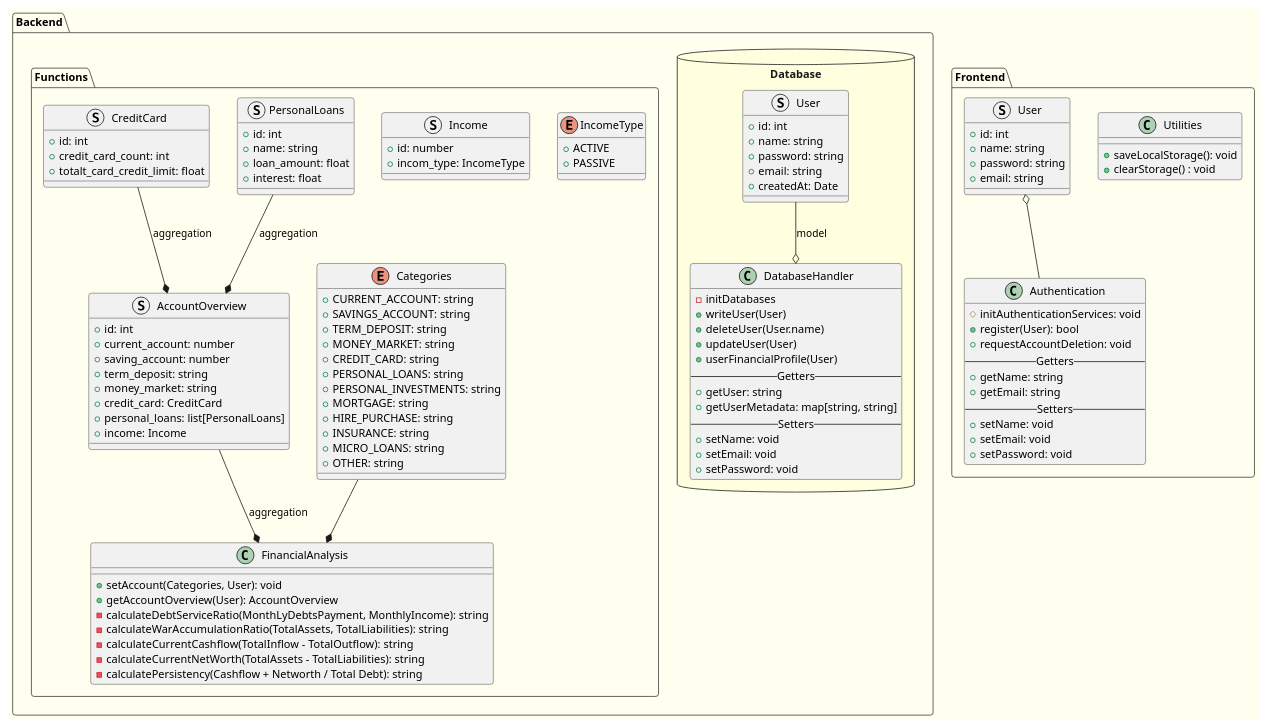
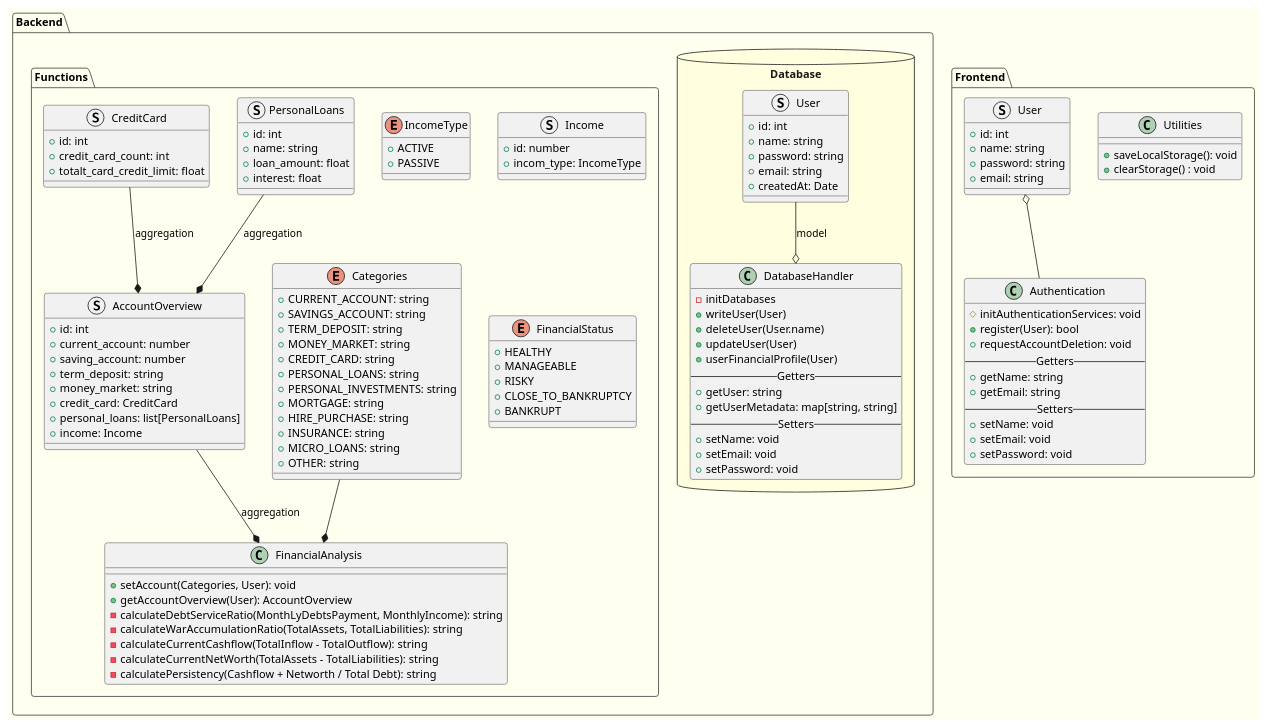
One commit to ctkqiang/PayNetHackathon changed the diagram in PayNetHackathonArchitecture/LOGIC_COMPONENTS.puml. Above: the diagram before and after it, drawn with PlantUML. The commit also changed 2 other files, not shown here.

Commit message:
#4 updated Financial Status

```diff
--- a/PayNetHackathonArchitecture/LOGIC_COMPONENTS.puml
+++ b/PayNetHackathonArchitecture/LOGIC_COMPONENTS.puml
@@ -1,147 +1,155 @@
 @startuml Logic Components
 
 !theme mars
 
 skinparam handwritten false
 skinparam shadowing false
 skinparam backgroundColor #FFFFF0
 
 package Backend {
     package Database <<Database>> #LightYellow {
         class DatabaseHandler {
             - initDatabases
             + writeUser(User)
             + deleteUser(User.name)
             + updateUser(User)
             + userFinancialProfile(User)
             --Getters--
             + getUser: string
             + getUserMetadata: map[string, string]
             --Setters--
             + setName: void
             + setEmail: void
             + setPassword: void
         }
 
         struct User {
             + id: int
             + name: string
             + password: string
             + email: string
             + createdAt: Date
         }
     }
 
     package Functions {
         enum Categories {
             + CURRENT_ACCOUNT: string
             + SAVINGS_ACCOUNT: string
             + TERM_DEPOSIT: string
             + MONEY_MARKET: string
             + CREDIT_CARD: string
             + PERSONAL_LOANS: string
             + PERSONAL_INVESTMENTS: string
             + MORTGAGE: string
             + HIRE_PURCHASE: string
             + INSURANCE: string
             + MICRO_LOANS: string
             + OTHER: string
         }
 
         struct AccountOverview {
             + id: int
             + current_account: number
             + saving_account: number
             + term_deposit: string
             + money_market: string
             + credit_card: CreditCard
             + personal_loans: list[PersonalLoans]
             + income: Income
         }
 
         enum IncomeType {
             + ACTIVE
             + PASSIVE
         }
 
         struct Income {
             + id: number
             + incom_type: IncomeType
         }
 
         struct PersonalLoans {
             + id: int
             + name: string
             + loan_amount: float
             + interest: float
         }
 
         struct CreditCard {
             + id: int
             + credit_card_count: int
             + totalt_card_credit_limit: float
         }
 
+        enum FinancialStatus {
+            + HEALTHY
+            + MANAGEABLE
+            + RISKY
+            + CLOSE_TO_BANKRUPTCY
+            + BANKRUPT 
+        }
+
         class FinancialAnalysis {
             + setAccount(Categories, User): void
             + getAccountOverview(User): AccountOverview
             - calculateDebtServiceRatio(MonthLyDebtsPayment, MonthlyIncome): string 
             - calculateWarAccumulationRatio(TotalAssets, TotalLiabilities): string
             - calculateCurrentCashflow(TotalInflow - TotalOutflow): string
             - calculateCurrentNetWorth(TotalAssets - TotalLiabilities): string
             - calculatePersistency(Cashflow + Networth / Total Debt): string
         }
     }
 
     ' note bottom of calculateDebtServiceRatio
     '     Debt Service Ratio (DSR):
     '     This method calculates the Debt Service Ratio based on monthly debt payments and income.
     '     It returns a string representing the DSR value.
 
     '     Summary of DSR Interpretations:
     '     - <&lt; 30% &gt;: Healthy, low risk, strong financial position (Good)
     '     - <&lt; 30% - 40% &gt;: Manageable, generally acceptable (Neutral/Acceptable)
     '     - <&lt; > 40% &gt;: Higher debt load, increased financial strain (Risky/Bad)
     '     - <&lt; > 50% &gt;: Financially overburdened, high risk (Very Bad)
     ' end note
 
     User --o DatabaseHandler :model
     Categories --* FinancialAnalysis
 
     AccountOverview --* FinancialAnalysis :aggregation
     CreditCard --* AccountOverview :aggregation
     PersonalLoans --* AccountOverview :aggregation
 
     ' Functions --o Database: Align
 }
 
 package Frontend {
     class Authentication {
         # initAuthenticationServices: void
         + register(User): bool
         + requestAccountDeletion: void
         --Getters--
         + getName: string
         + getEmail: string
         --Setters--
         + setName: void
         + setEmail: void
         + setPassword: void
     }
 
     class Utilities {
         + saveLocalStorage(): void
         + clearStorage() : void
     }
 
     struct User {
         + id: int
         + name: string
         + password: string 
         + email: string
     }
 
     User o-- Authentication
 }
 
 @enduml
```
